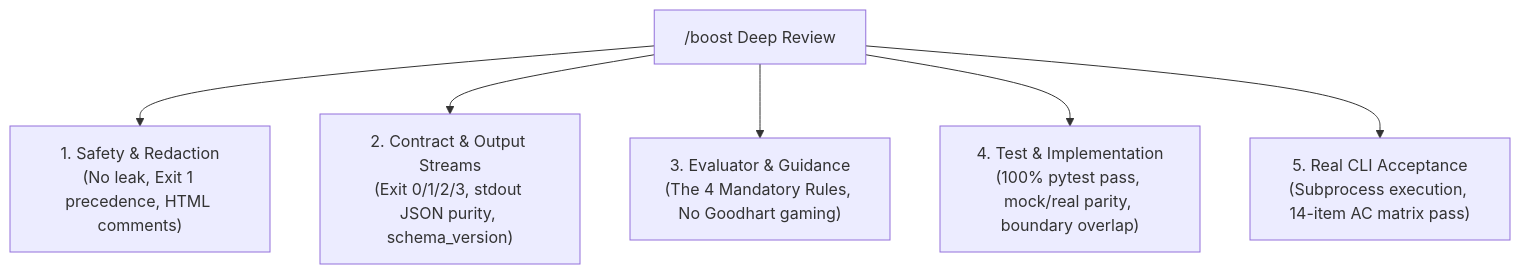
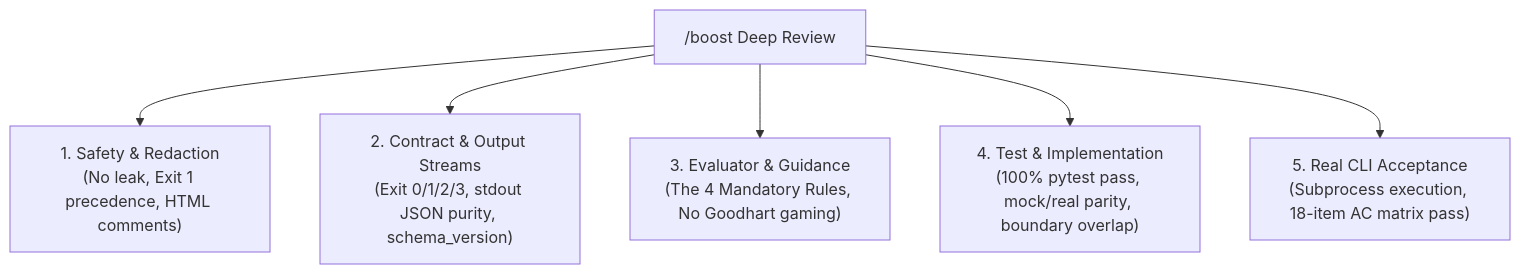
One commit to s-0-a-r/typesafe-eval changed the diagram in .agents/skills/code-review/SKILL.md. Above: the diagram before and after it, drawn with Mermaid. The commit also changed other lines of this file and 5 other files, not shown here.

First line of the commit message:
test(ac): expand real CLI acceptance criteria matrix to 18 items (v0.9.0 feature coverage) (#120)

````diff
--- a/.agents/skills/code-review/SKILL.md
+++ b/.agents/skills/code-review/SKILL.md
@@ -18,9 +18,9 @@
 ```mermaid
 flowchart TD
     Review["/boost Deep Review"]
     Review --> P1["1. Safety & Redaction<br/>(No leak, Exit 1 precedence, HTML comments)"]
     Review --> P2["2. Contract & Output Streams<br/>(Exit 0/1/2/3, stdout JSON purity, schema_version)"]
     Review --> P3["3. Evaluator & Guidance<br/>(The 4 Mandatory Rules, No Goodhart gaming)"]
     Review --> P4["4. Test & Implementation<br/>(100% pytest pass, mock/real parity, boundary overlap)"]
-    Review --> P5["5. Real CLI Acceptance<br/>(Subprocess execution, 14-item AC matrix pass)"]
+    Review --> P5["5. Real CLI Acceptance<br/>(Subprocess execution, 18-item AC matrix pass)"]
 ```
````
